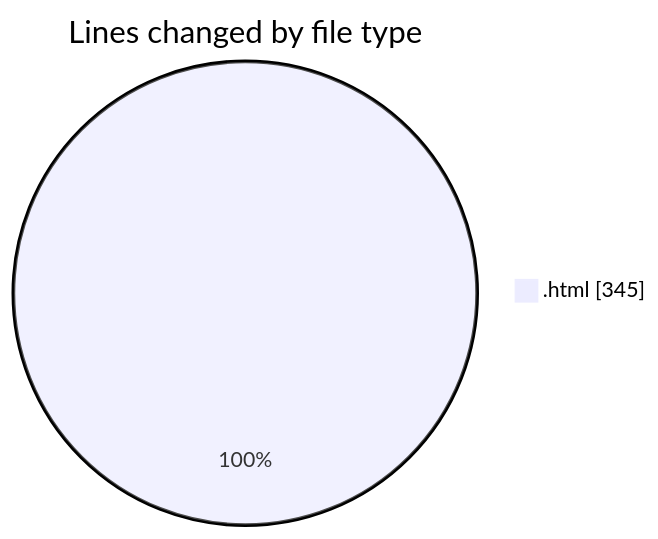
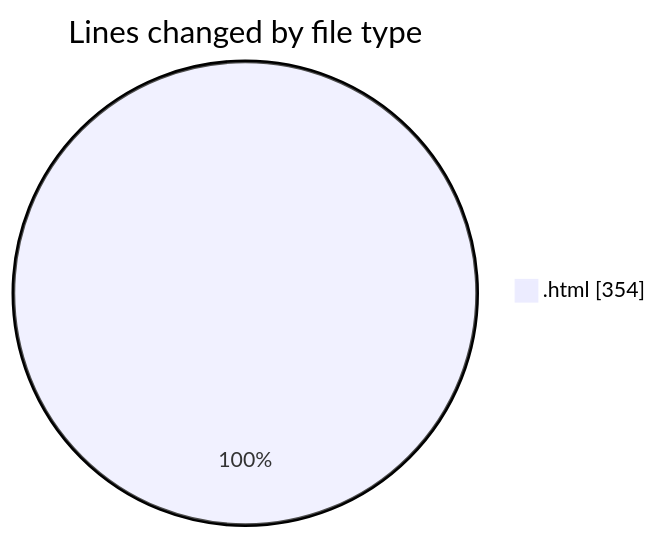
One commit to LanceThiago/code-tracking changed the first of 2 diagrams in 2025-01-10/nueva_carpeta/README.md. Above: the diagram before and after it, drawn with Mermaid. The commit also changed other lines of this file and 1 other file, not shown here.

````diff
--- a/2025-01-10/nueva_carpeta/README.md
+++ b/2025-01-10/nueva_carpeta/README.md
@@ -20,5 +20,5 @@
 ```mermaid
 pie showData
 title Lines changed by file type
-".html" : 345
+".html" : 354
 ```
````
